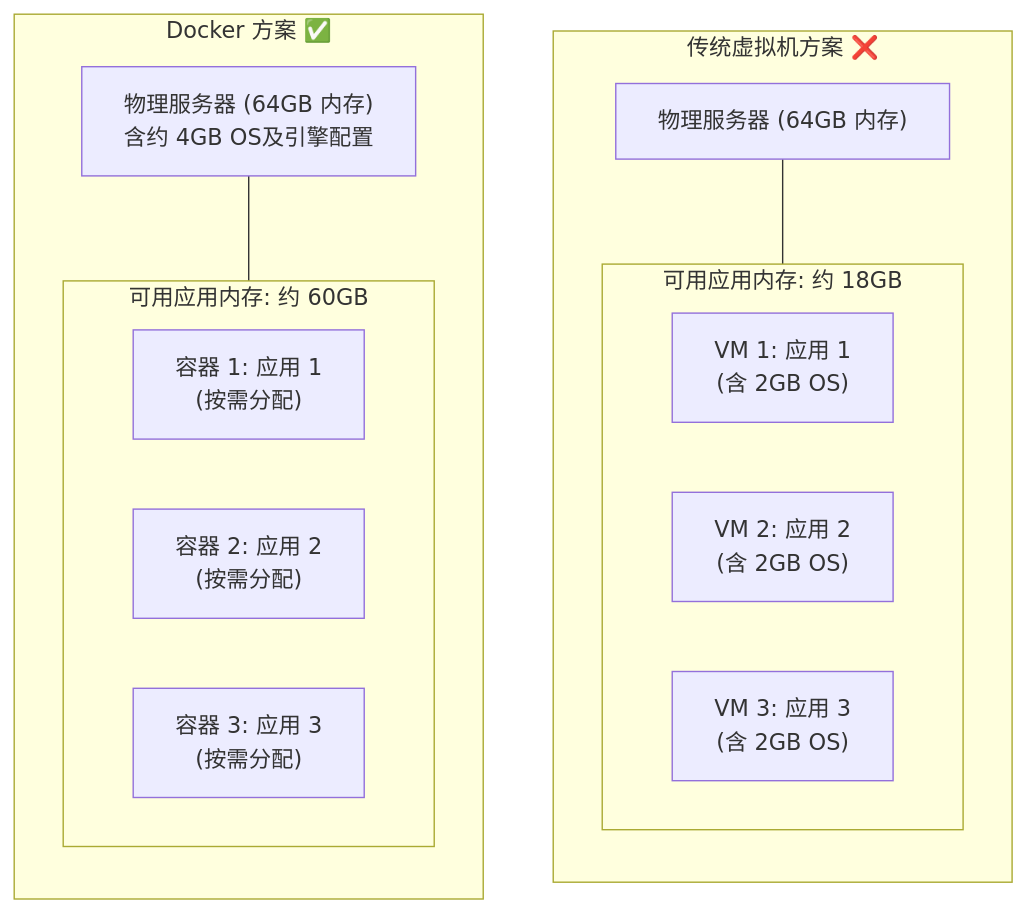
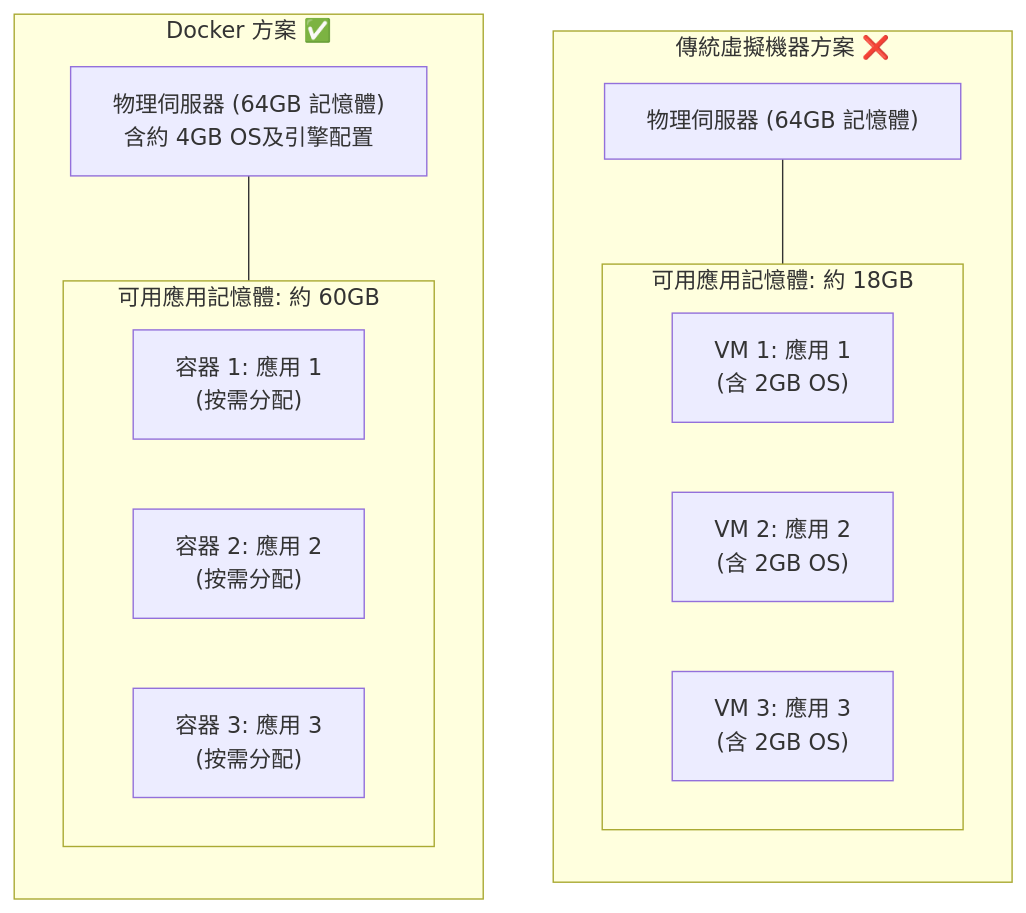
One commit to alexkuoecity/docker-practice-master-zh-tw changed the second of 4 diagrams in 01_introduction/1.3_why.md. Above: the diagram before and after it, drawn with Mermaid. The commit also changed other lines of this file and 200 other files, not shown here.

````diff
--- a/01_introduction/1.3_why.md
+++ b/01_introduction/1.3_why.md
@@ -108,26 +108,26 @@
 ```mermaid
 flowchart TD
-    subgraph VM ["传统虚拟机方案 ❌"]
+    subgraph VM ["傳統虛擬機器方案 ❌"]
         direction TB
-        Server1["物理服务器 (64GB 内存)"]
-        subgraph VMs ["可用应用内存: 约 18GB"]
+        Server1["物理伺服器 (64GB 記憶體)"]
+        subgraph VMs ["可用應用記憶體: 約 18GB"]
             direction LR
-            VM1["VM 1: 应用 1<br/>(含 2GB OS)"]
-            VM2["VM 2: 应用 2<br/>(含 2GB OS)"]
-            VM3["VM 3: 应用 3<br/>(含 2GB OS)"]
+            VM1["VM 1: 應用 1<br/>(含 2GB OS)"]
+            VM2["VM 2: 應用 2<br/>(含 2GB OS)"]
+            VM3["VM 3: 應用 3<br/>(含 2GB OS)"]
         end
         Server1 --- VMs
     end
 
     subgraph Docker ["Docker 方案 ✅"]
         direction TB
-        Server2["物理服务器 (64GB 内存)<br/>含约 4GB OS及引擎配置"]
-        subgraph Containers ["可用应用内存: 约 60GB"]
+        Server2["物理伺服器 (64GB 記憶體)<br/>含約 4GB OS及引擎配置"]
+        subgraph Containers ["可用應用記憶體: 約 60GB"]
             direction LR
-            C1["容器 1: 应用 1<br/>(按需分配)"]
-            C2["容器 2: 应用 2<br/>(按需分配)"]
-            C3["容器 3: 应用 3<br/>(按需分配)"]
+            C1["容器 1: 應用 1<br/>(按需分配)"]
+            C2["容器 2: 應用 2<br/>(按需分配)"]
+            C3["容器 3: 應用 3<br/>(按需分配)"]
         end
         Server2 --- Containers
     end
 ```
````
